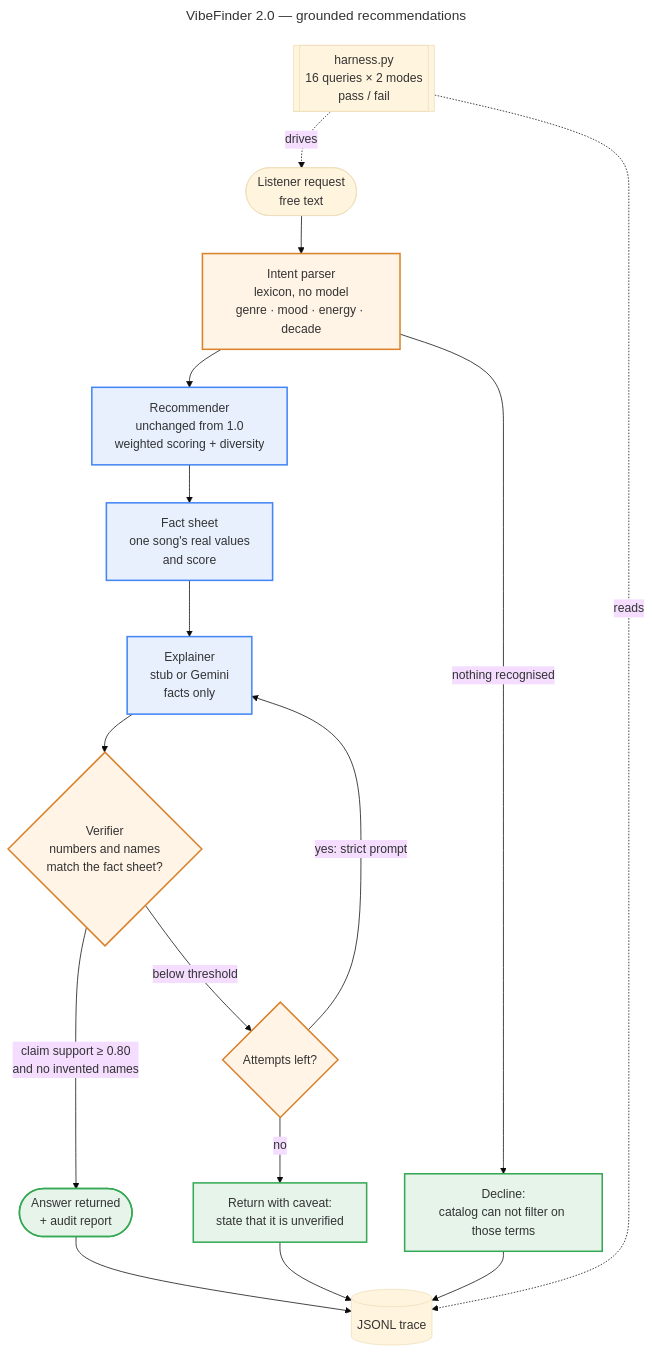
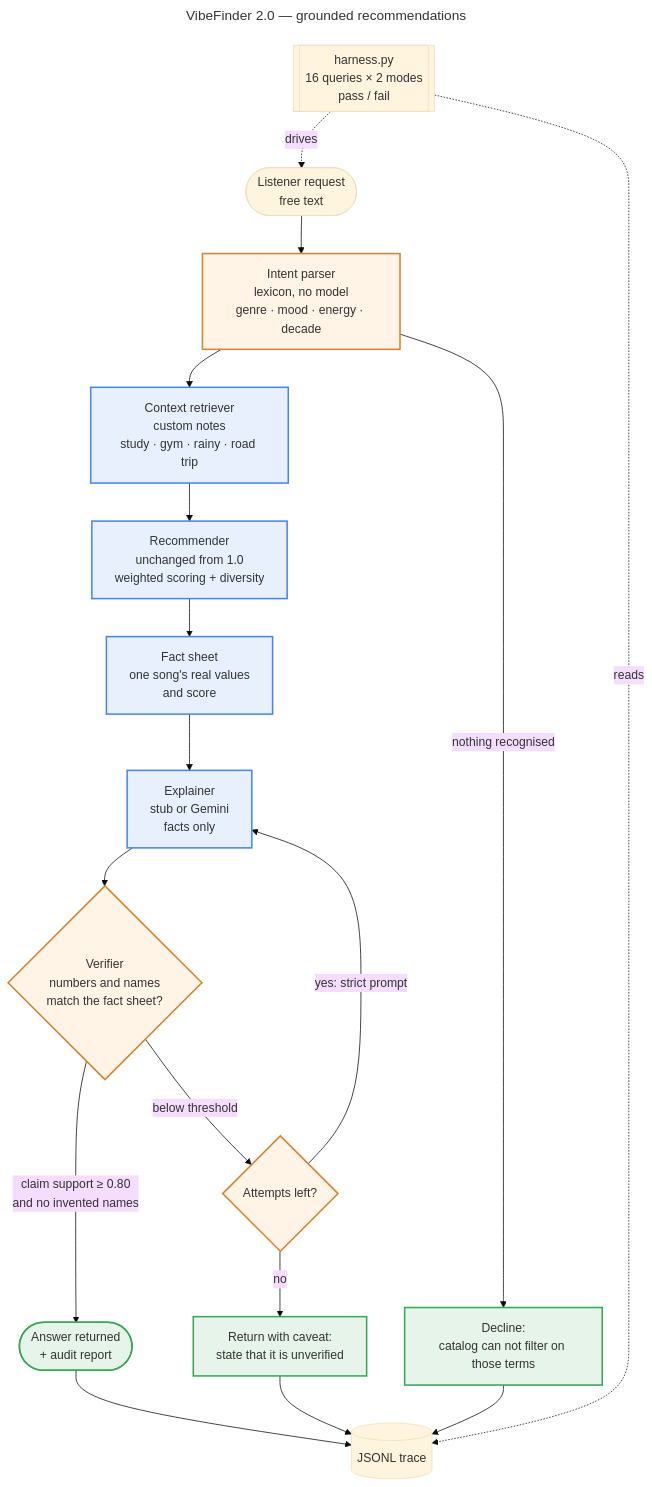
The diagram in diagrams/architecture.mmd (peteshaw/ai110-applied-ai-system-project-recomendo), drawn with Mermaid (base theme) before and after one commit. The commit also changed 12 other files, not shown here.

```diff
--- a/diagrams/architecture.mmd
+++ b/diagrams/architecture.mmd
@@ -1,30 +1,31 @@
 ---
 title: VibeFinder 2.0 — grounded recommendations
 ---
 
 flowchart TD
     Q([Listener request<br/>free text]) --> NLU[Intent parser<br/>lexicon, no model<br/>genre · mood · energy · decade]
     NLU -->|nothing recognised| REFUSE[Decline:<br/>catalog can not filter on those terms]
-    NLU --> RANK[Recommender<br/>unchanged from 1.0<br/>weighted scoring + diversity]
+    NLU --> RETRIEVE[Context retriever<br/>custom notes<br/>study · gym · rainy · road trip]
+    RETRIEVE --> RANK[Recommender<br/>unchanged from 1.0<br/>weighted scoring + diversity]
     RANK --> FACT[Fact sheet<br/>one song's real values<br/>and score]
     FACT --> EXPL[Explainer<br/>stub or Gemini<br/>facts only]
 
     EXPL --> VER{Verifier<br/>numbers and names<br/>match the fact sheet?}
 
     VER -- "claim support ≥ 0.80<br/>and no invented names" --> OK([Answer returned<br/>+ audit report])
     VER -- "below threshold" --> RETRY{Attempts left?}
     RETRY -- "yes: strict prompt" --> EXPL
     RETRY -- "no" --> CAVEAT[Return with caveat:<br/>state that it is unverified]
 
     OK --> TRACE[(JSONL trace)]
     CAVEAT --> TRACE
     REFUSE --> TRACE
     EVAL[[harness.py<br/>16 queries × 2 modes<br/>pass / fail]] -.->|drives| Q
     EVAL -.->|reads| TRACE
 
     classDef guard fill:#fff4e6,stroke:#d9822b,stroke-width:2px
     classDef core fill:#e8f0fe,stroke:#4285f4,stroke-width:2px
     classDef out fill:#e6f4ea,stroke:#34a853,stroke-width:2px
     class NLU,VER,RETRY guard
-    class RANK,FACT,EXPL core
+    class RETRIEVE,RANK,FACT,EXPL core
     class OK,REFUSE,CAVEAT out
```
